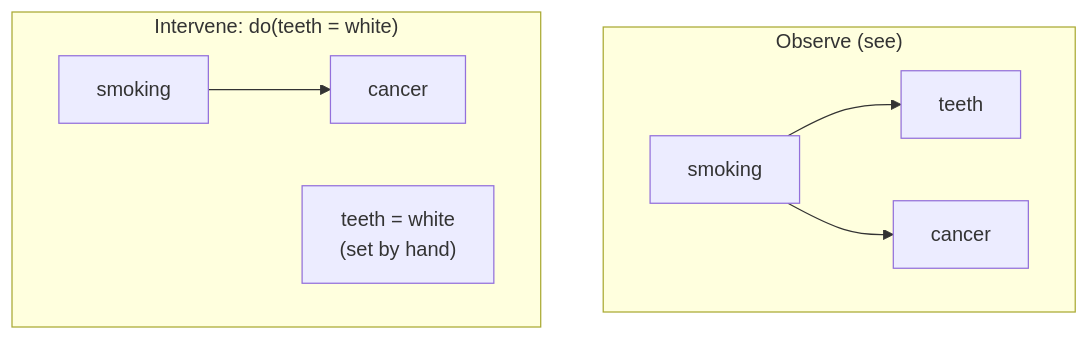
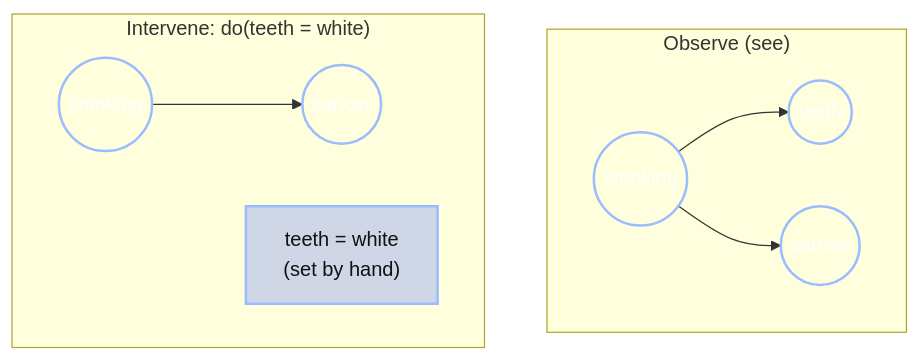
The second of 2 diagrams in content/intro2/10_causal_bayes_nets.md (josephausterweil/probintro), drawn with Mermaid before and after one commit. The commit also changed other lines of this file and 3 other files, not shown here.

````diff
--- a/content/intro2/10_causal_bayes_nets.md
+++ b/content/intro2/10_causal_bayes_nets.md
@@ -62,11 +57,15 @@
 ```mermaid
 graph TD
     subgraph Before["Observe (see)"]
-        S1["smoking"] --> T1["teeth"]
-        S1 --> C1["cancer"]
+        S1(("smoking")) --> T1(("teeth"))
+        S1 --> C1(("cancer"))
     end
     subgraph After["Intervene: do(teeth = white)"]
-        S2["smoking"] --> C2["cancer"]
+        S2(("smoking")) --> C2(("cancer"))
         T2["teeth = white<br/>(set by hand)"]
     end
+    classDef node fill:none,stroke:#9bbcff,stroke-width:2px,color:#fff
+    classDef fixed fill:#cfd6e6,stroke:#9bbcff,stroke-width:2px,color:#111
+    class S1,T1,C1,S2,C2 node
+    class T2 fixed
 ```
````
